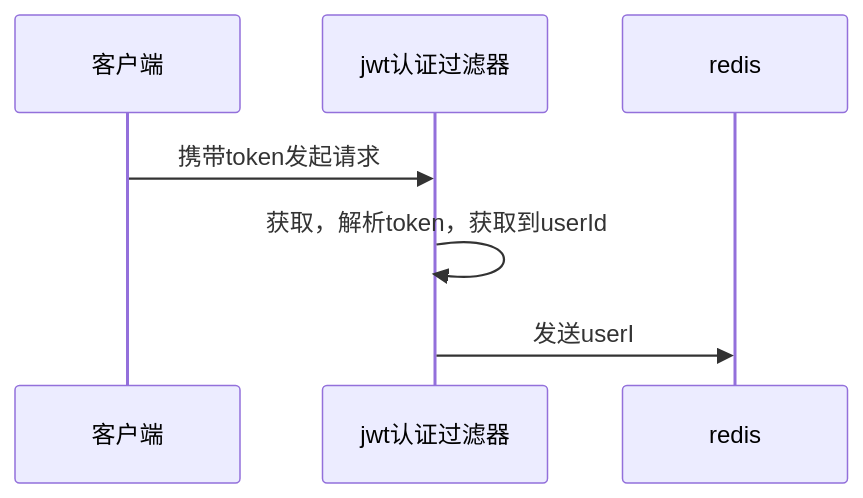
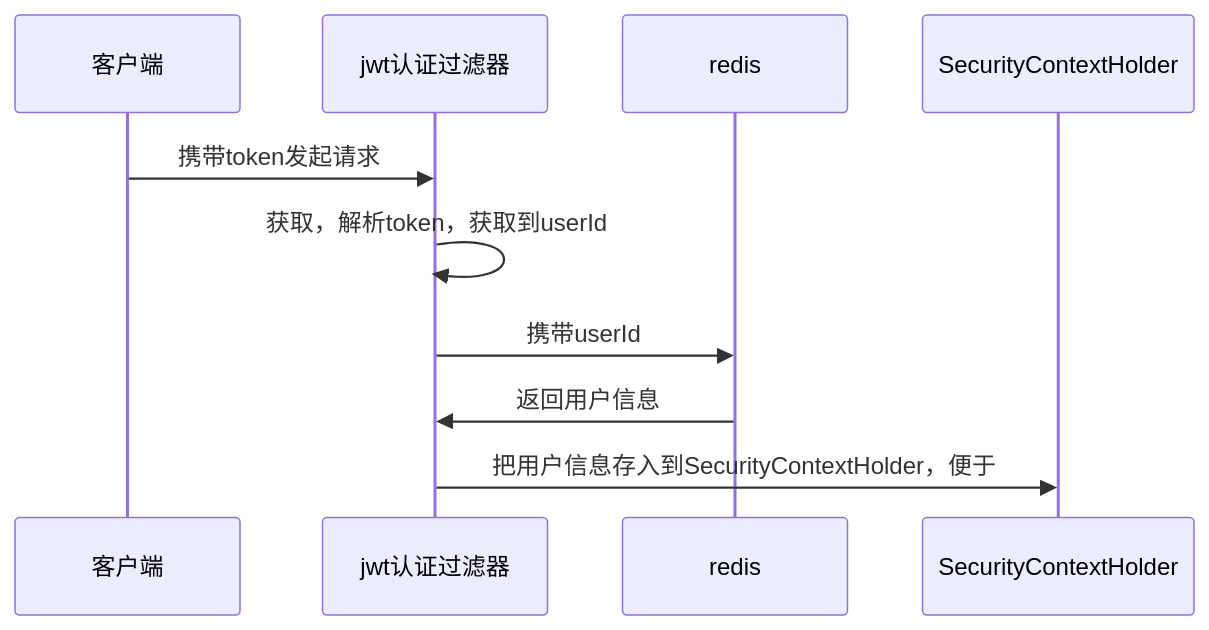
Before and after one commit to poppop9/obsidian: the fifth of 5 diagrams in 计算机/JavaWeb/后端/Spring Security.md, drawn with Mermaid. The commit also changed other lines of this file and 2 other files, not shown here.

Commit message:
vault backup: 2024-04-30 13:57:43

````diff
--- a/计算机/JavaWeb/后端/Spring Security.md
+++ b/计算机/JavaWeb/后端/Spring Security.md
@@ -99,10 +99,13 @@
 ```mermaid
 sequenceDiagram
 	participant K AS 客户端
 	participant J AS jwt认证过滤器
 	participant R AS redis
+	participant S AS SecurityContextHolder
 
 	K->>J: 携带token发起请求
 	J->>J: 获取，解析token，获取到userId
-	J->>R: 发送userI
+	J->>R: 携带userId
+	R->>J: 返回用户信息
+	J->>S: 把用户信息存入到SecurityContextHolder，便于
 ```
````
